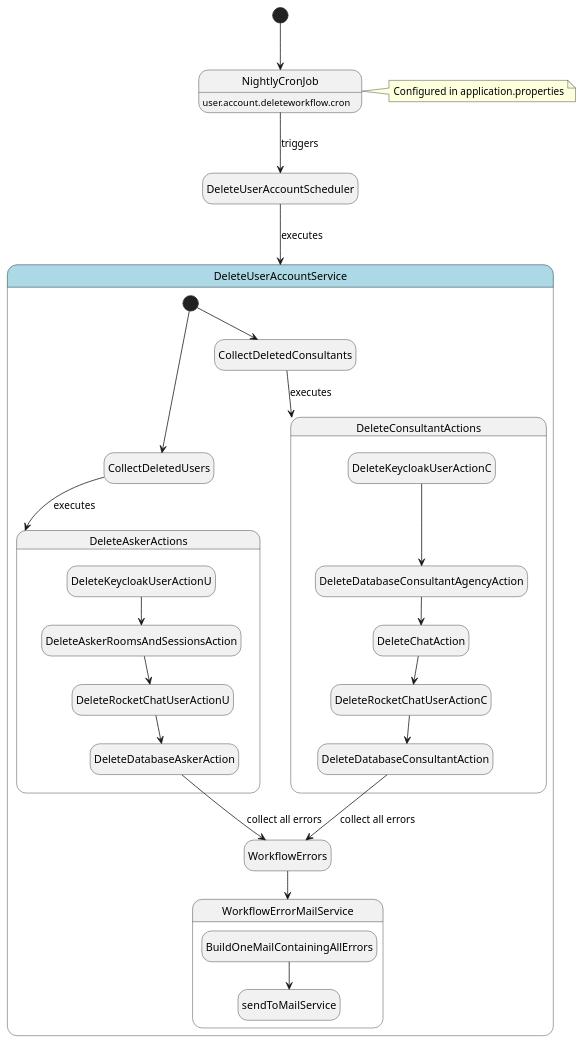
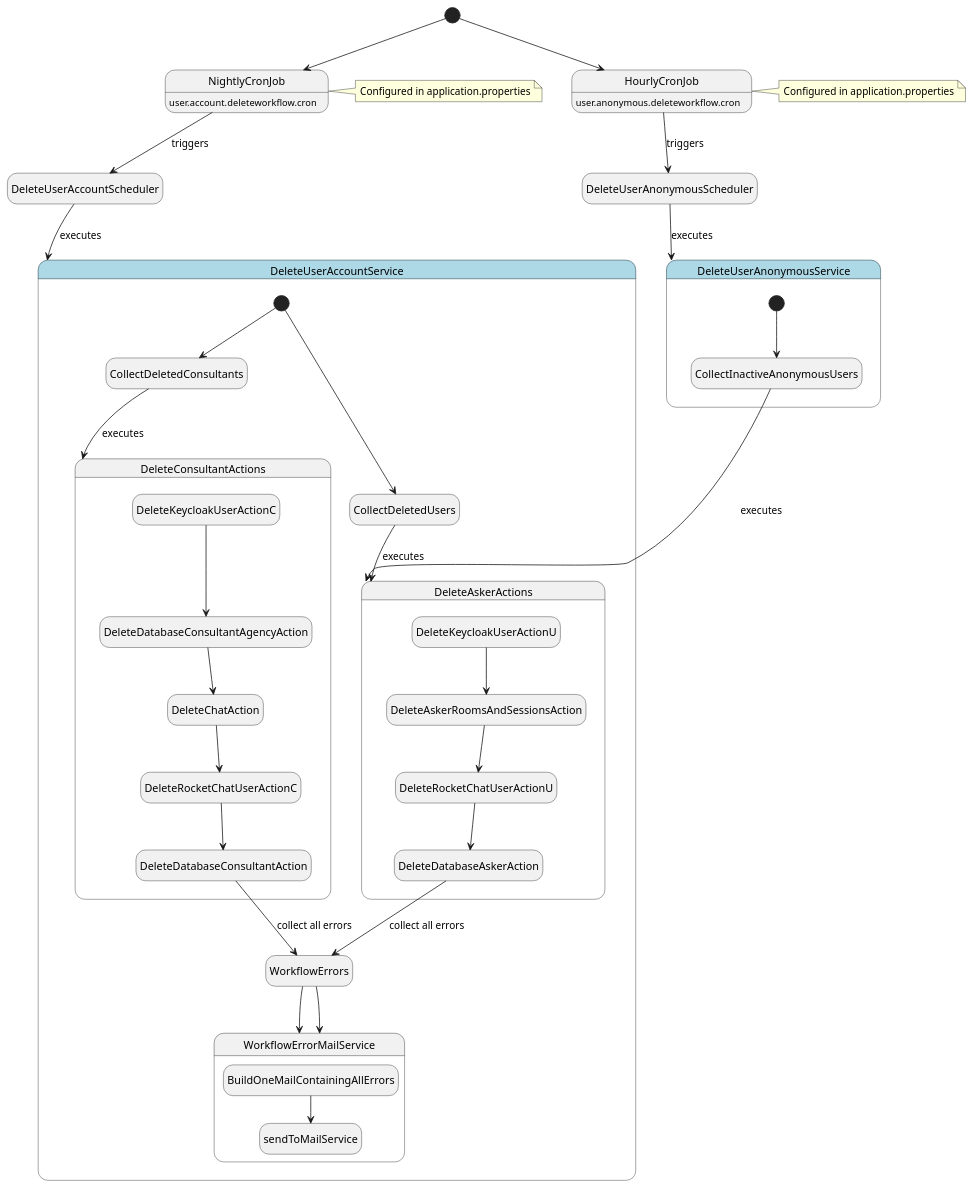
One commit to Onlineberatung/onlineBeratung-userService changed the diagram in documentation/User_Account_Deletion_Workflow.puml. Above: the diagram before and after it, drawn with PlantUML.

Commit message:
docs: update deletion workflow uml

```diff
--- a/documentation/User_Account_Deletion_Workflow.puml
+++ b/documentation/User_Account_Deletion_Workflow.puml
@@ -3,38 +3,51 @@
 @startuml
 hide empty description
 
 [*] --> NightlyCronJob
+[*] --> HourlyCronJob
+
 NightlyCronJob : user.account.deleteworkflow.cron
 NightlyCronJob --> DeleteUserAccountScheduler : triggers
 
+HourlyCronJob : user.anonymous.deleteworkflow.cron
+HourlyCronJob --> DeleteUserAnonymousScheduler : triggers
+
 note right of NightlyCronJob : Configured in application.properties
+note right of HourlyCronJob : Configured in application.properties
 
 DeleteUserAccountScheduler --> DeleteUserAccountService : executes
+DeleteUserAnonymousScheduler --> DeleteUserAnonymousService : executes
 
 state DeleteUserAccountService #lightblue {
   [*] --> CollectDeletedUsers
   CollectDeletedUsers --> DeleteAskerActions : executes
   [*] --> CollectDeletedConsultants
   CollectDeletedConsultants --> DeleteConsultantActions : executes
   WorkflowErrors --> WorkflowErrorMailService
 
   state DeleteAskerActions {
     DeleteKeycloakUserActionU --> DeleteAskerRoomsAndSessionsAction
     DeleteAskerRoomsAndSessionsAction --> DeleteRocketChatUserActionU
     DeleteRocketChatUserActionU --> DeleteDatabaseAskerAction
     DeleteDatabaseAskerAction --> WorkflowErrors : collect all errors
   }
 
   state DeleteConsultantActions {
       DeleteKeycloakUserActionC --> DeleteDatabaseConsultantAgencyAction
       DeleteDatabaseConsultantAgencyAction --> DeleteChatAction
       DeleteChatAction --> DeleteRocketChatUserActionC
       DeleteRocketChatUserActionC --> DeleteDatabaseConsultantAction
       DeleteDatabaseConsultantAction  --> WorkflowErrors : collect all errors
   }
 }
 
 state WorkflowErrorMailService {
   BuildOneMailContainingAllErrors --> sendToMailService
 }
+
+state DeleteUserAnonymousService #lightblue {
+  [*] --> CollectInactiveAnonymousUsers
+  CollectInactiveAnonymousUsers --> DeleteAskerActions : executes
+  WorkflowErrors --> WorkflowErrorMailService
+}
 @enduml
```
